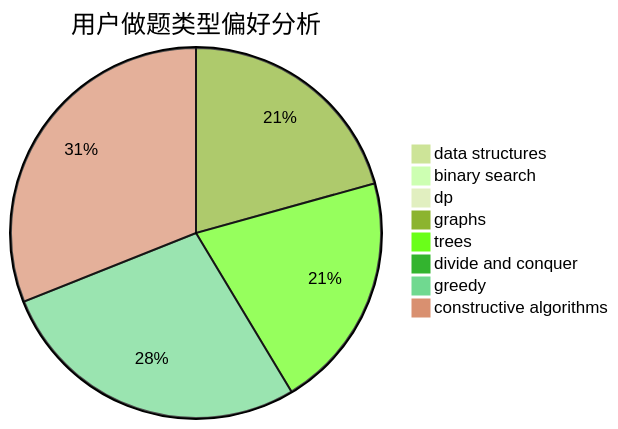
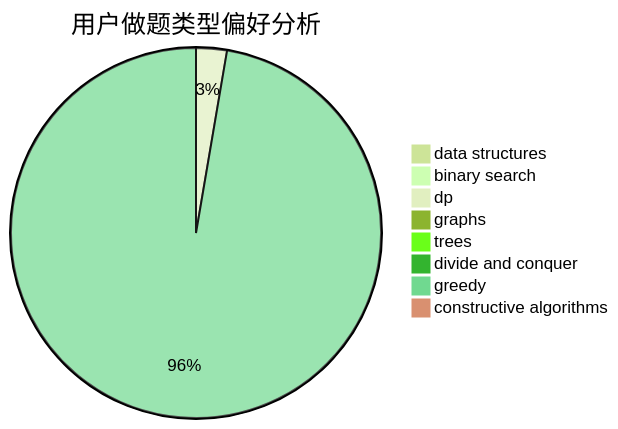
Before and after one commit to sherpahu/cfrs.github.io: the second of 3 diagrams in docs/user/u199.md, drawn with Mermaid (forest theme). The commit also changed other lines of this file and 2770 other files, not shown here.

````diff
--- a/docs/user/u199.md
+++ b/docs/user/u199.md
@@ -23,11 +23,11 @@
 ```mermaid
 pie title 用户做题类型偏好分析
     "data structures" :  0
-    "binary search" :  0
-    "dp" :  0
-    "graphs" :  12
-    "trees" :  12
+    "binary search" :  3
+    "dp" :  9
+    "graphs" :  1
+    "trees" :  0
     "divide and conquer" :  0
-    "greedy" :  16
-    "constructive algorithms" :  18
+    "greedy" :  326
+    "constructive algorithms" :  0
 ```
````
